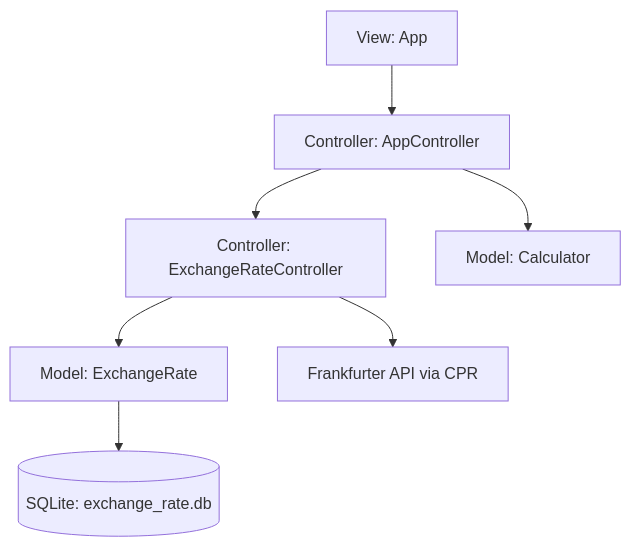
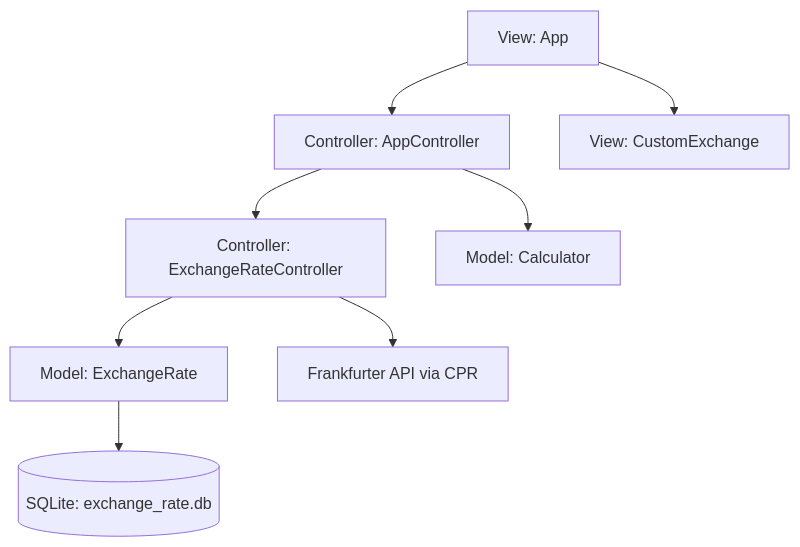
One commit to MallocNexus/calc_cli changed the diagram in docs/exch-rate-extensions.md. Above: the diagram before and after it, drawn with Mermaid. The commit also changed other lines of this file and 5 other files, not shown here.

````diff
--- a/docs/exch-rate-extensions.md
+++ b/docs/exch-rate-extensions.md
@@ -110,9 +111,10 @@
 ```mermaid
 graph TD
     A[View: App] --> B[Controller: AppController]
+    A --> G[View: CustomExchange]
     B --> H[Controller: ExchangeRateController]
     B --> C[Model: Calculator]
     H --> D[Model: ExchangeRate]
     H --> F[Frankfurter API via CPR]
     D --> E[(SQLite: exchange_rate.db)]
 ```
````
